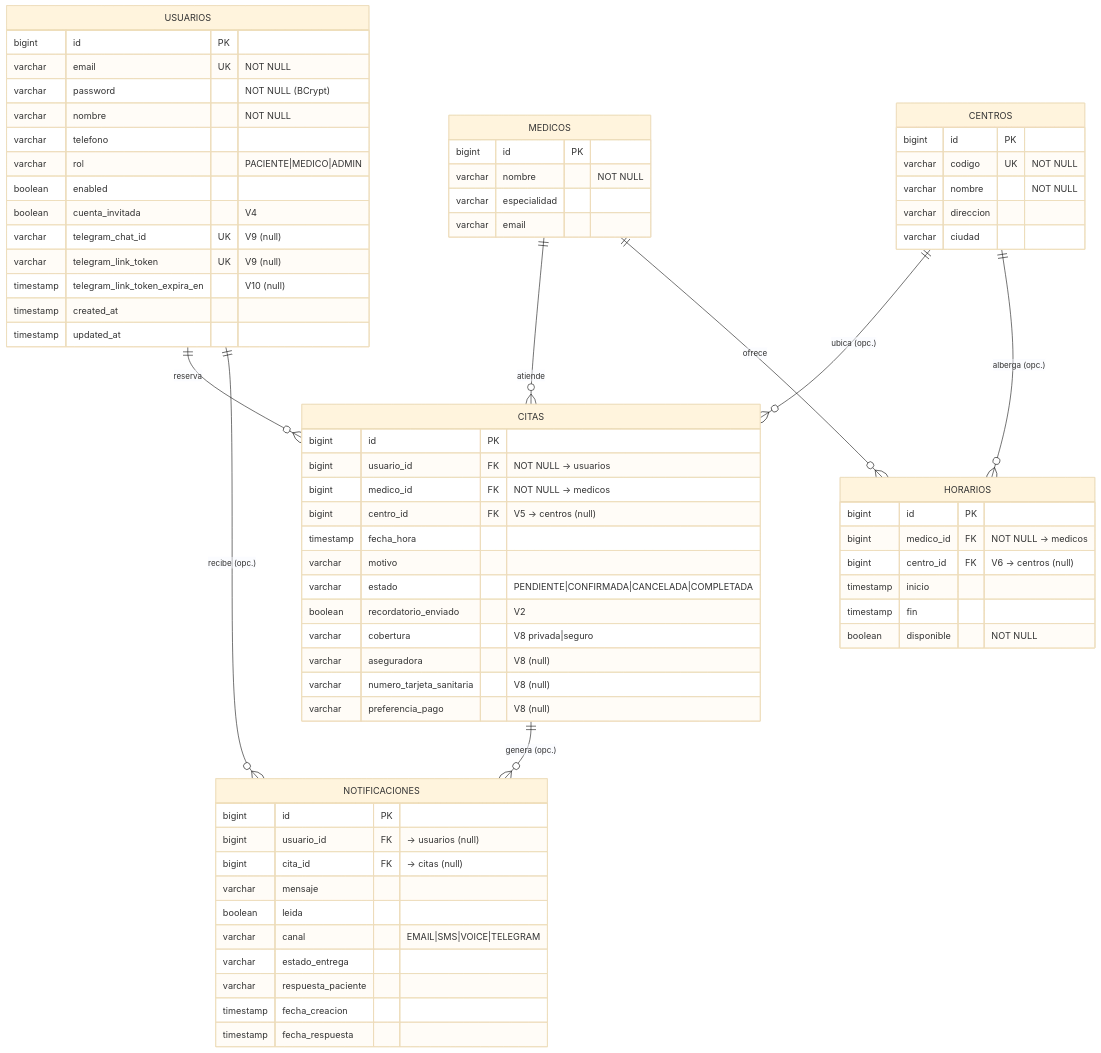
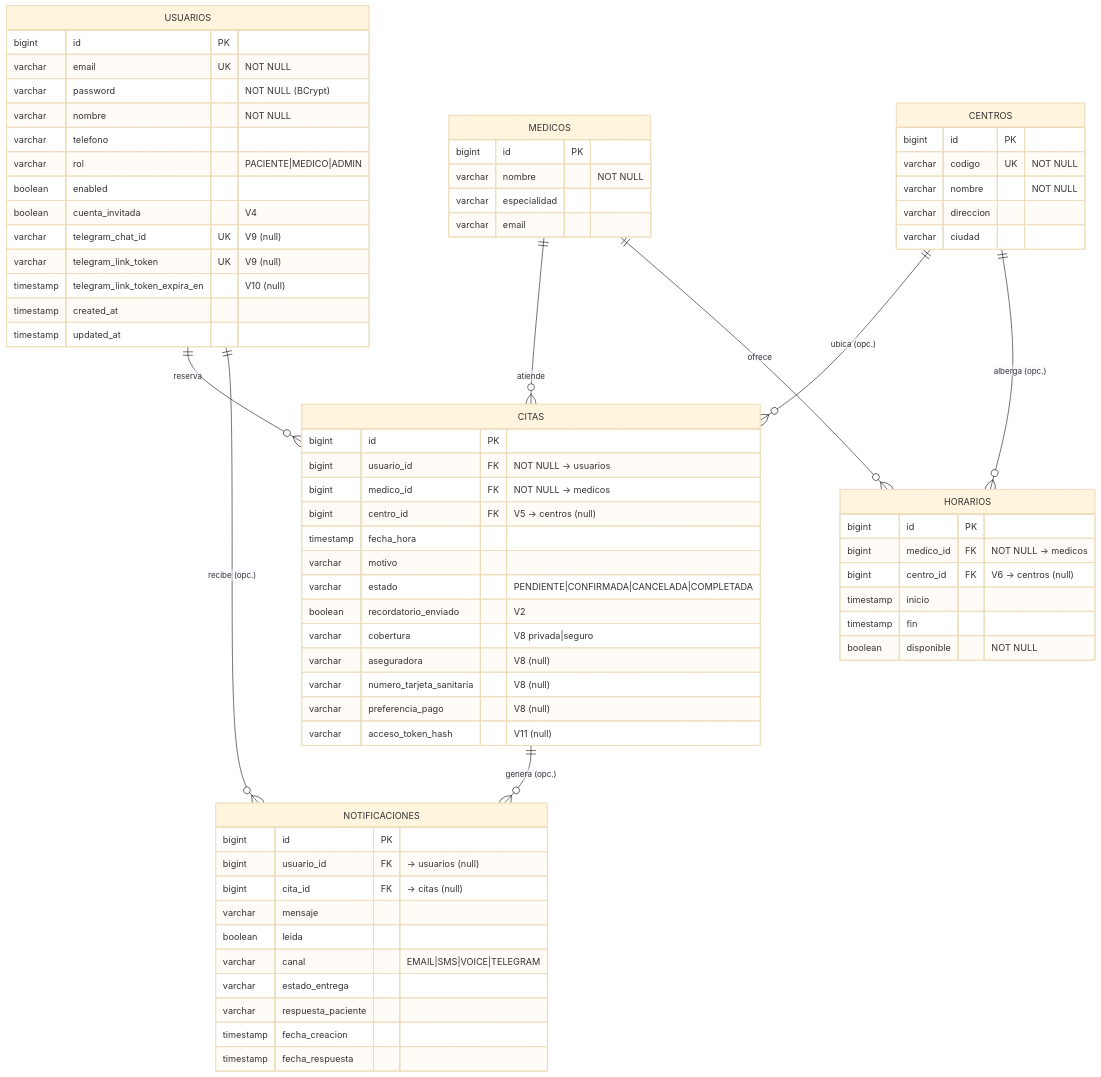
One commit to maragramonte/dr-agramonte changed the diagram in docs/BASE-DE-DATOS.md. Above: the diagram before and after it, drawn with Mermaid (base theme). The commit also changed other lines of this file and 1 other file, not shown here.

````diff
--- a/docs/BASE-DE-DATOS.md
+++ b/docs/BASE-DE-DATOS.md
@@ -12,73 +12,74 @@
 ```mermaid
 erDiagram
     USUARIOS ||--o{ CITAS : "reserva"
     MEDICOS  ||--o{ CITAS : "atiende"
     MEDICOS  ||--o{ HORARIOS : "ofrece"
     CENTROS  ||--o{ CITAS : "ubica (opc.)"
     CENTROS  ||--o{ HORARIOS : "alberga (opc.)"
     USUARIOS ||--o{ NOTIFICACIONES : "recibe (opc.)"
     CITAS    ||--o{ NOTIFICACIONES : "genera (opc.)"
 
     USUARIOS {
         bigint   id PK
         varchar  email UK "NOT NULL"
         varchar  password "NOT NULL (BCrypt)"
         varchar  nombre "NOT NULL"
         varchar  telefono
         varchar  rol "PACIENTE|MEDICO|ADMIN"
         boolean  enabled
         boolean  cuenta_invitada "V4"
         varchar  telegram_chat_id UK "V9 (null)"
         varchar  telegram_link_token UK "V9 (null)"
         timestamp telegram_link_token_expira_en "V10 (null)"
         timestamp created_at
         timestamp updated_at
     }
     MEDICOS {
         bigint   id PK
         varchar  nombre "NOT NULL"
         varchar  especialidad
         varchar  email
     }
     CENTROS {
         bigint   id PK
         varchar  codigo UK "NOT NULL"
         varchar  nombre "NOT NULL"
         varchar  direccion
         varchar  ciudad
     }
     HORARIOS {
         bigint   id PK
         bigint   medico_id FK "NOT NULL → medicos"
         bigint   centro_id FK "V6 → centros (null)"
         timestamp inicio
         timestamp fin
         boolean  disponible "NOT NULL"
     }
     CITAS {
         bigint   id PK
         bigint   usuario_id FK "NOT NULL → usuarios"
         bigint   medico_id FK "NOT NULL → medicos"
         bigint   centro_id FK "V5 → centros (null)"
         timestamp fecha_hora
         varchar  motivo
         varchar  estado "PENDIENTE|CONFIRMADA|CANCELADA|COMPLETADA"
         boolean  recordatorio_enviado "V2"
         varchar  cobertura "V8 privada|seguro"
         varchar  aseguradora "V8 (null)"
         varchar  numero_tarjeta_sanitaria "V8 (null)"
         varchar  preferencia_pago "V8 (null)"
+        varchar  acceso_token_hash "V11 (null)"
     }
     NOTIFICACIONES {
         bigint   id PK
         bigint   usuario_id FK "→ usuarios (null)"
         bigint   cita_id FK "→ citas (null)"
         varchar  mensaje
         boolean  leida
         varchar  canal "EMAIL|SMS|VOICE|TELEGRAM"
         varchar  estado_entrega
         varchar  respuesta_paciente
         timestamp fecha_creacion
         timestamp fecha_respuesta
     }
 ```
````
